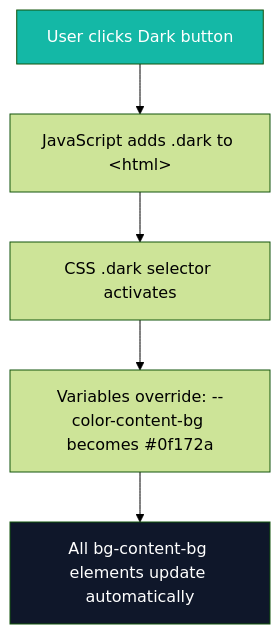
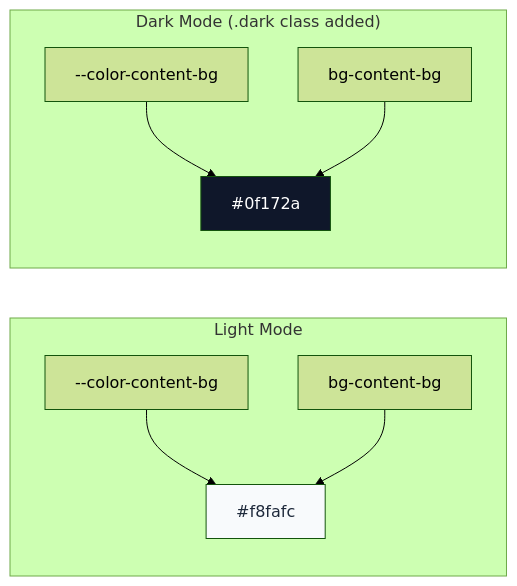
The second of 7 diagrams in 13-week-13/13.2-creating-sidebars-tailwind/README.md (pentoshi007/cohort-mine), drawn with Mermaid (forest theme) before and after one commit. The commit also changed other lines of this file, not shown here.

Commit message:
Expand README with comprehensive in-depth coverage of all concepts

````diff
--- a/13-week-13/13.2-creating-sidebars-tailwind/README.md
+++ b/13-week-13/13.2-creating-sidebars-tailwind/README.md
@@ -106,10 +262,15 @@
 ```mermaid
-flowchart TD
-    A["User clicks Dark button"] --> B["JavaScript adds .dark to &lt;html&gt;"]
-    B --> C["CSS .dark selector activates"]
-    C --> D["Variables override: --color-content-bg becomes #0f172a"]
-    D --> E["All bg-content-bg elements update automatically"]
+flowchart LR
+    subgraph LightMode["Light Mode"]
+        L1["--color-content-bg"] --> L2["#f8fafc"]
+        L3["bg-content-bg"] --> L2
+    end
     
-    style A fill:#14b8a6,color:#fff
-    style E fill:#0f172a,color:#fff
+    subgraph DarkMode["Dark Mode (.dark class added)"]
+        D1["--color-content-bg"] --> D2["#0f172a"]
+        D3["bg-content-bg"] --> D2
+    end
+    
+    style L2 fill:#f8fafc,color:#1e293b
+    style D2 fill:#0f172a,color:#fff
 ```
````
